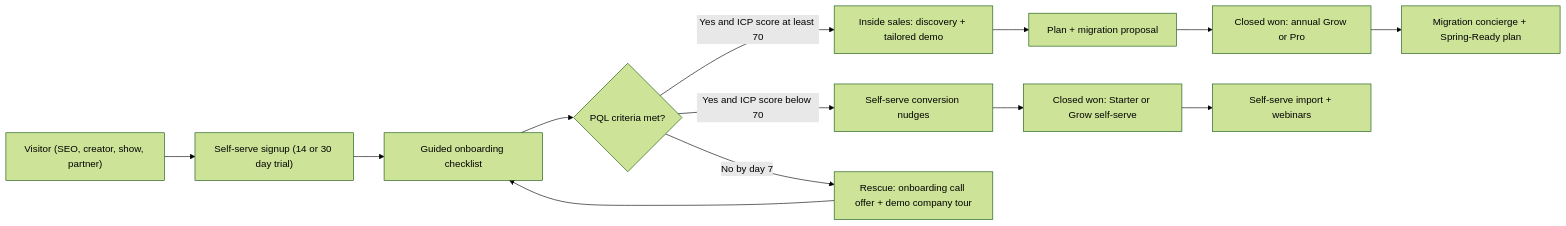
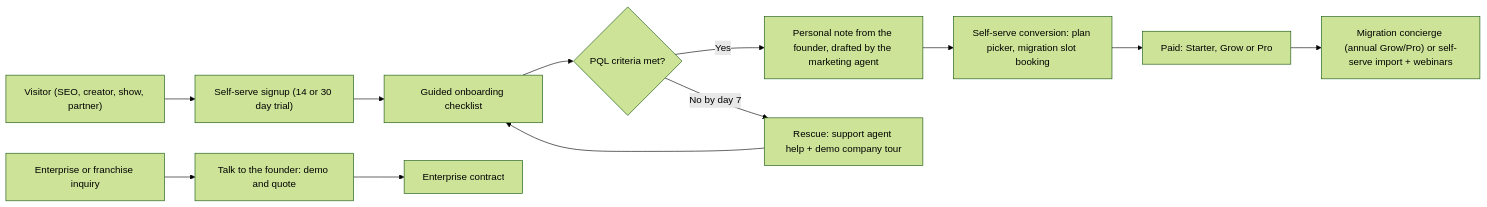
The first of 11 diagrams in docs/22-business-model-pricing-gtm.md (jdinard/landscape), drawn with Mermaid (forest theme) before and after one commit. The commit also changed other lines of this file and 42 other files, not shown here.

````diff
--- a/docs/22-business-model-pricing-gtm.md
+++ b/docs/22-business-model-pricing-gtm.md
@@ -835,15 +843,14 @@
 ```mermaid
 flowchart LR
   V["Visitor (SEO, creator, show, partner)"] --> S["Self-serve signup (14 or 30 day trial)"]
   S --> O["Guided onboarding checklist"]
   O --> Q{"PQL criteria met?"}
-  Q -- "Yes and ICP score at least 70" --> I["Inside sales: discovery + tailored demo"]
-  Q -- "Yes and ICP score below 70" --> SS["Self-serve conversion nudges"]
-  Q -- "No by day 7" --> N["Rescue: onboarding call offer + demo company tour"]
+  Q -- "Yes" --> F["Personal note from the founder, drafted by the marketing agent"]
+  Q -- "No by day 7" --> N["Rescue: support agent help + demo company tour"]
   N --> O
-  I --> P["Plan + migration proposal"]
-  P --> W["Closed won: annual Grow or Pro"]
-  SS --> W2["Closed won: Starter or Grow self-serve"]
-  W --> M["Migration concierge + Spring-Ready plan"]
-  W2 --> M2["Self-serve import + webinars"]
+  F --> SS["Self-serve conversion: plan picker, migration slot booking"]
+  SS --> W["Paid: Starter, Grow or Pro"]
+  W --> M["Migration concierge (annual Grow/Pro) or self-serve import + webinars"]
+  E["Enterprise or franchise inquiry"] --> D["Talk to the founder: demo and quote"]
+  D --> WE["Enterprise contract"]
 ```
````
